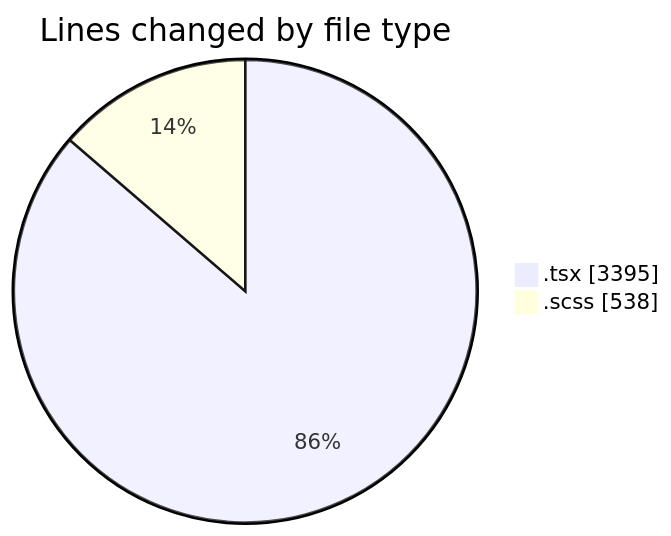
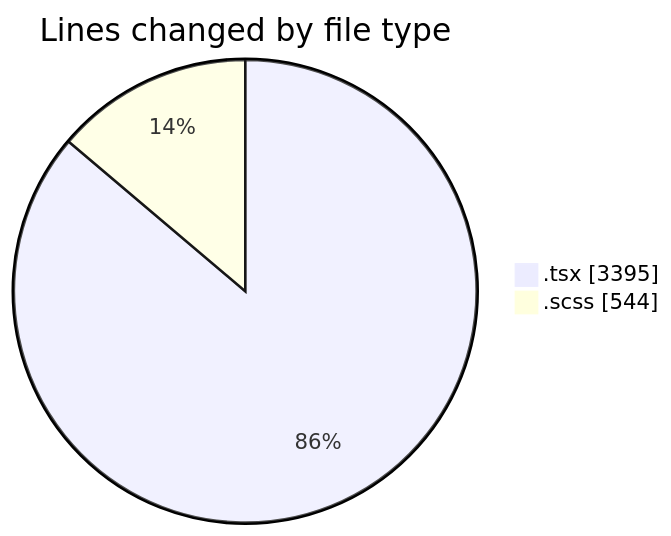
Before and after one commit to momahboobian/code-tracking: the first of 2 diagrams in 2025-09-30/cda/README.md, drawn with Mermaid. The commit also changed other lines of this file and 1 other file, not shown here.

````diff
--- a/2025-09-30/cda/README.md
+++ b/2025-09-30/cda/README.md
@@ -25,6 +25,6 @@
 ```mermaid
 pie showData
 title Lines changed by file type
 ".tsx" : 3395
-".scss" : 538
+".scss" : 544
 ```
````
